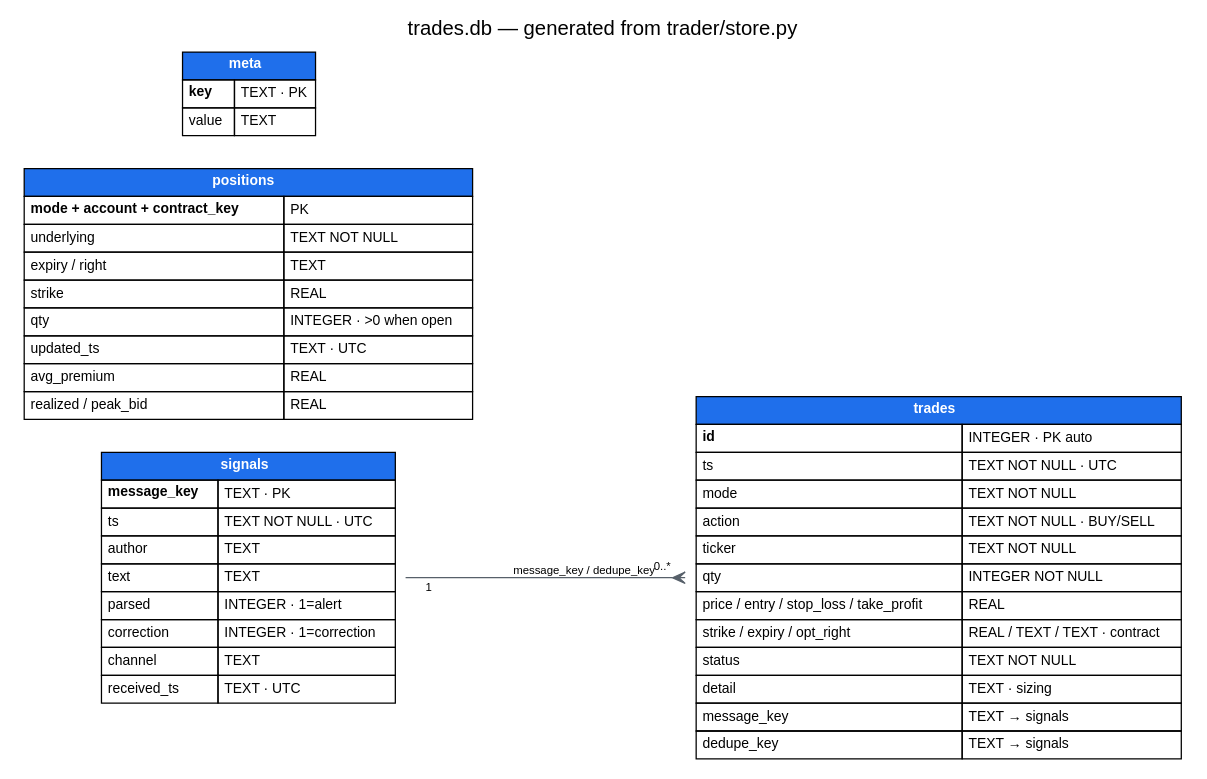
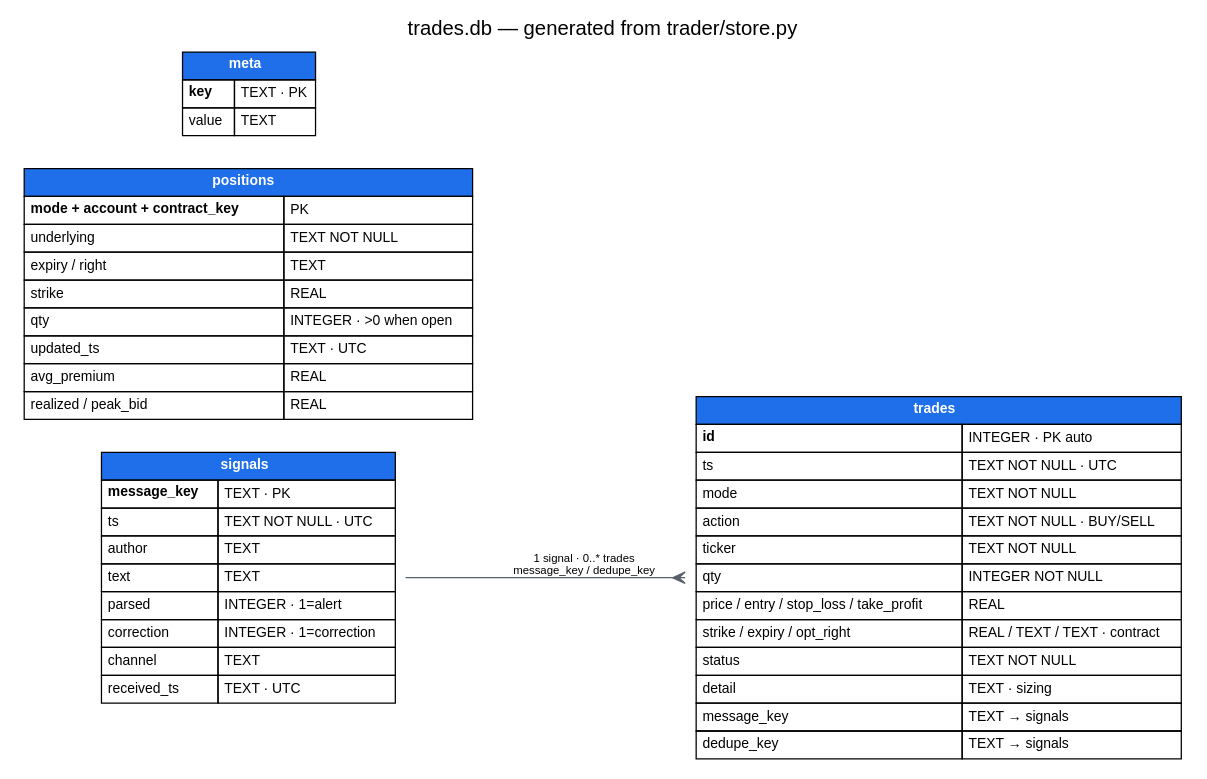
One commit to siicosmos/ws-trade-bot changed the diagram in docs/db_schema.dot. Above: the diagram before and after it, drawn with Graphviz. The commit also changed 2 other files, not shown here.

Commit message:
Schema diagram: fold the edge labels into one
The relationship label and the 0..* cardinality sat on the same
short edge and overlapped; one combined label (1 signal - 0..*
trades, via message_key / dedupe_key) cannot collide with
itself.

```diff
--- a/docs/db_schema.dot
+++ b/docs/db_schema.dot
@@ -1,62 +1,61 @@
 // ws-trade-bot trades.db schema - render with:
 //   dot -Tpng -o docs/db_schema.png docs/db_schema.dot
 digraph db_schema {
   rankdir=LR;
   graph [fontname="Helvetica", label="trades.db — generated from trader/store.py", labelloc=t, fontsize=16];
   node [shape=plaintext, fontname="Helvetica", fontsize=11];
   edge [color="#57606a", fontname="Helvetica", fontsize=9];
 
   signals [label=<
     <TABLE BORDER="0" CELLBORDER="1" CELLSPACING="0" CELLPADDING="4" BGCOLOR="white">
       <TR><TD BGCOLOR="#1f6feb" COLSPAN="2"><FONT COLOR="white"><B>signals</B></FONT></TD></TR>
       <TR><TD ALIGN="LEFT"><B>message_key</B></TD><TD ALIGN="LEFT">TEXT · PK</TD></TR>
       <TR><TD ALIGN="LEFT">ts</TD><TD ALIGN="LEFT">TEXT NOT NULL · UTC</TD></TR>
       <TR><TD ALIGN="LEFT">author</TD><TD ALIGN="LEFT">TEXT</TD></TR>
       <TR><TD ALIGN="LEFT">text</TD><TD ALIGN="LEFT">TEXT</TD></TR>
       <TR><TD ALIGN="LEFT">parsed</TD><TD ALIGN="LEFT">INTEGER · 1=alert</TD></TR>
       <TR><TD ALIGN="LEFT">correction</TD><TD ALIGN="LEFT">INTEGER · 1=correction</TD></TR>
       <TR><TD ALIGN="LEFT">channel</TD><TD ALIGN="LEFT">TEXT</TD></TR>
       <TR><TD ALIGN="LEFT">received_ts</TD><TD ALIGN="LEFT">TEXT · UTC</TD></TR>
     </TABLE>>];
 
   trades [label=<
     <TABLE BORDER="0" CELLBORDER="1" CELLSPACING="0" CELLPADDING="4" BGCOLOR="white">
       <TR><TD BGCOLOR="#1f6feb" COLSPAN="2"><FONT COLOR="white"><B>trades</B></FONT></TD></TR>
       <TR><TD ALIGN="LEFT"><B>id</B></TD><TD ALIGN="LEFT">INTEGER · PK auto</TD></TR>
       <TR><TD ALIGN="LEFT">ts</TD><TD ALIGN="LEFT">TEXT NOT NULL · UTC</TD></TR>
       <TR><TD ALIGN="LEFT">mode</TD><TD ALIGN="LEFT">TEXT NOT NULL</TD></TR>
       <TR><TD ALIGN="LEFT">action</TD><TD ALIGN="LEFT">TEXT NOT NULL · BUY/SELL</TD></TR>
       <TR><TD ALIGN="LEFT">ticker</TD><TD ALIGN="LEFT">TEXT NOT NULL</TD></TR>
       <TR><TD ALIGN="LEFT">qty</TD><TD ALIGN="LEFT">INTEGER NOT NULL</TD></TR>
       <TR><TD ALIGN="LEFT">price / entry / stop_loss / take_profit</TD><TD ALIGN="LEFT">REAL</TD></TR>
       <TR><TD ALIGN="LEFT">strike / expiry / opt_right</TD><TD ALIGN="LEFT">REAL / TEXT / TEXT · contract</TD></TR>
       <TR><TD ALIGN="LEFT">status</TD><TD ALIGN="LEFT">TEXT NOT NULL</TD></TR>
       <TR><TD ALIGN="LEFT">detail</TD><TD ALIGN="LEFT">TEXT · sizing</TD></TR>
       <TR><TD ALIGN="LEFT">message_key</TD><TD ALIGN="LEFT">TEXT → signals</TD></TR>
       <TR><TD ALIGN="LEFT">dedupe_key</TD><TD ALIGN="LEFT">TEXT → signals</TD></TR>
     </TABLE>>];
 
   positions [label=<
     <TABLE BORDER="0" CELLBORDER="1" CELLSPACING="0" CELLPADDING="4" BGCOLOR="white">
       <TR><TD BGCOLOR="#1f6feb" COLSPAN="2"><FONT COLOR="white"><B>positions</B></FONT></TD></TR>
       <TR><TD ALIGN="LEFT"><B>mode + account + contract_key</B></TD><TD ALIGN="LEFT">PK</TD></TR>
       <TR><TD ALIGN="LEFT">underlying</TD><TD ALIGN="LEFT">TEXT NOT NULL</TD></TR>
       <TR><TD ALIGN="LEFT">expiry / right</TD><TD ALIGN="LEFT">TEXT</TD></TR>
       <TR><TD ALIGN="LEFT">strike</TD><TD ALIGN="LEFT">REAL</TD></TR>
       <TR><TD ALIGN="LEFT">qty</TD><TD ALIGN="LEFT">INTEGER · &gt;0 when open</TD></TR>
       <TR><TD ALIGN="LEFT">updated_ts</TD><TD ALIGN="LEFT">TEXT · UTC</TD></TR>
       <TR><TD ALIGN="LEFT">avg_premium</TD><TD ALIGN="LEFT">REAL</TD></TR>
       <TR><TD ALIGN="LEFT">realized / peak_bid</TD><TD ALIGN="LEFT">REAL</TD></TR>
     </TABLE>>];
 
   meta [label=<
     <TABLE BORDER="0" CELLBORDER="1" CELLSPACING="0" CELLPADDING="4" BGCOLOR="white">
       <TR><TD BGCOLOR="#1f6feb" COLSPAN="2"><FONT COLOR="white"><B>meta</B></FONT></TD></TR>
       <TR><TD ALIGN="LEFT"><B>key</B></TD><TD ALIGN="LEFT">TEXT · PK</TD></TR>
       <TR><TD ALIGN="LEFT">value</TD><TD ALIGN="LEFT">TEXT</TD></TR>
     </TABLE>>];
 
   signals -> trades [arrowhead=crow, arrowtail=none, dir=both,
-    headlabel="0..*", taillabel="1", label="message_key / dedupe_key",
-    labeldistance=2];
+    label="1 signal · 0..* trades\nmessage_key / dedupe_key"];
 }
```
